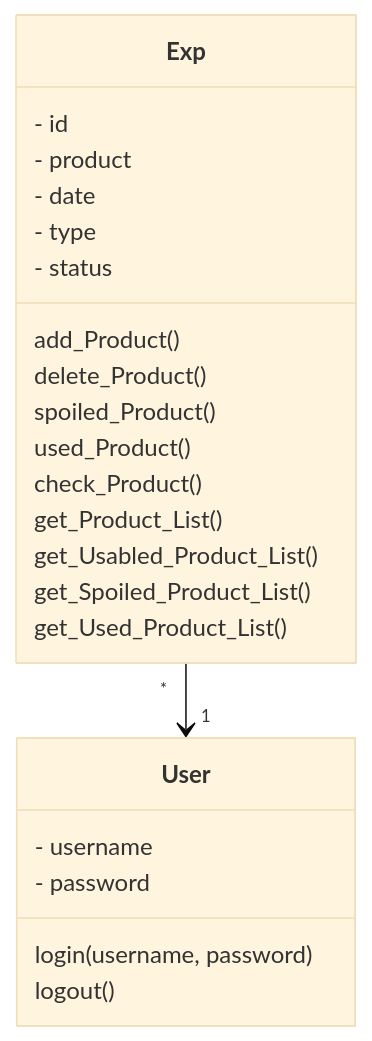
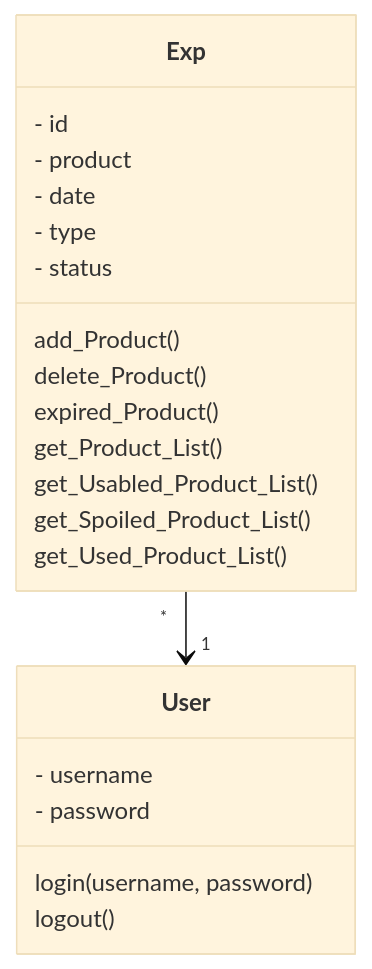
The diagram in dokumentaatio/arkkitehtuuri.md (Eoyie/ot-harjoitustyo), drawn with Mermaid (base theme) before and after one commit. The commit also changed other lines of this file, not shown here.

````diff
--- a/dokumentaatio/arkkitehtuuri.md
+++ b/dokumentaatio/arkkitehtuuri.md
@@ -4,26 +7,24 @@
 ```mermaid
   classDiagram
     Exp "*" --> "1" User
     class Exp{
         - id
         - product
         - date
         - type
         - status
         add_Product()
         delete_Product()
-        spoiled_Product()
-        used_Product()
-        check_Product()
+        expired_Product()
         get_Product_List()
         get_Usabled_Product_List()
         get_Spoiled_Product_List()
         get_Used_Product_List()
      }
      class User{
         - username
         - password
         login(username, password)
         logout()
      }
 ```
````
